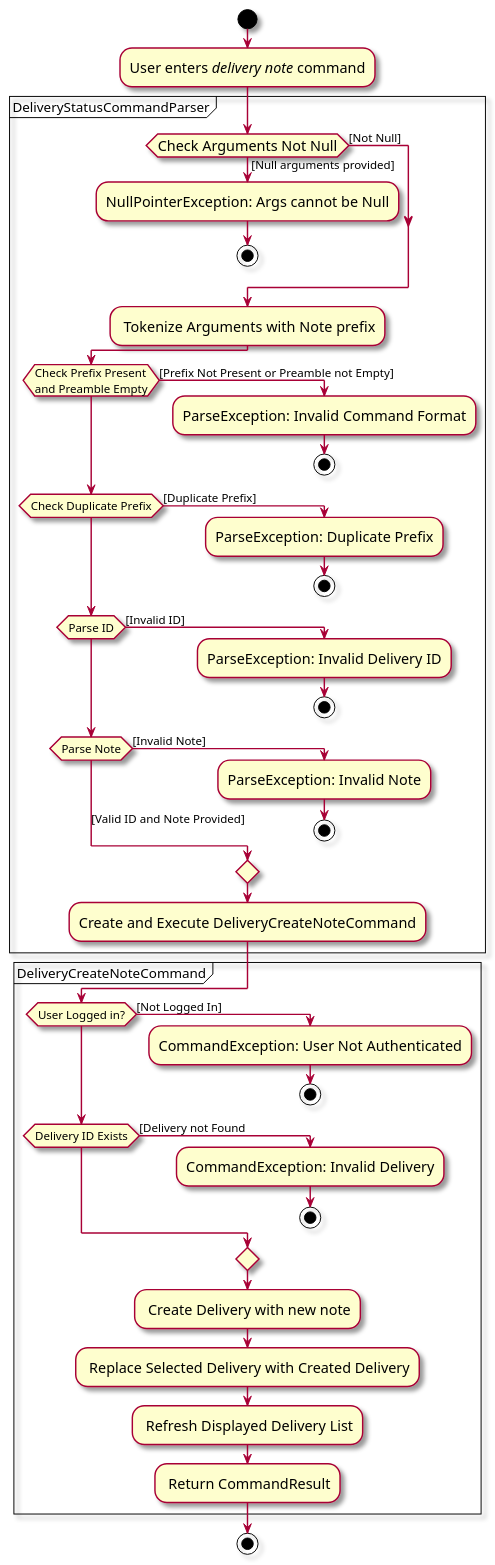
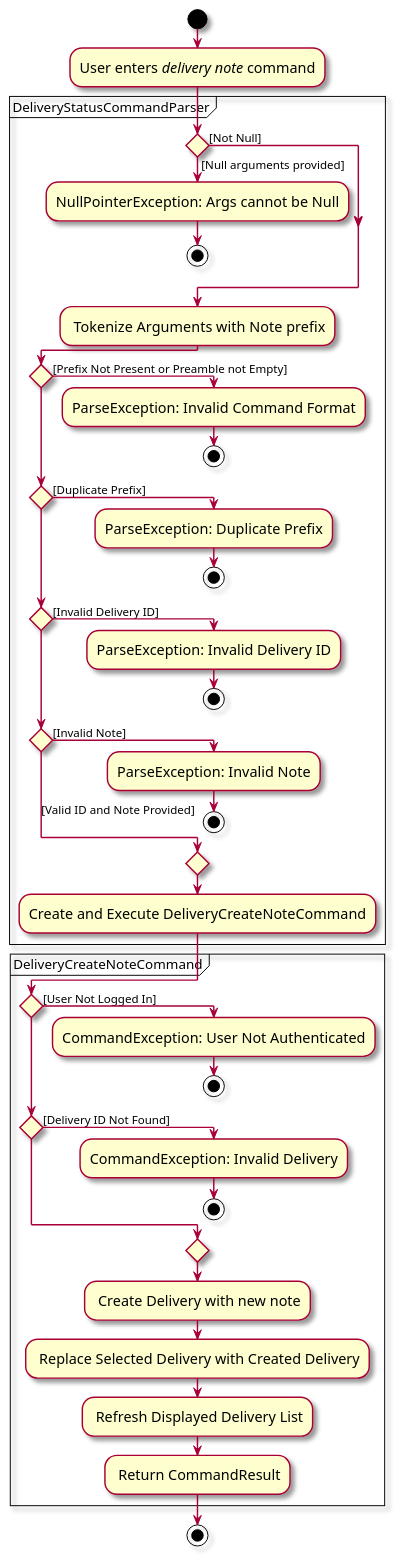
The diagram in docs/diagrams/DeliveryCreateNoteActivityDiagram.puml (zhonghan721/tp), drawn with PlantUML before and after one commit.

Commit message:
Modify DeliveryCreateNoteActivityDiagram.puml.puml to only include guard conditions
Inline with nus-cs2103-AY2324S1/forum#293, Alternate path conditions should
not be specified in the branch node, and only guard conditions should be used.
Hence, the activity diagram was modified to not use conditions in the branch
node.

```diff
--- a/docs/diagrams/DeliveryCreateNoteActivityDiagram.puml
+++ b/docs/diagrams/DeliveryCreateNoteActivityDiagram.puml
@@ -1,50 +1,50 @@
 @startuml
 skin rose
 skinparam ActivityFontSize 15
 skinparam ArrowFontSize 12
 
 !pragma useVerticalIf on
 start
 :User enters <i>delivery note</i> command;
 partition DeliveryStatusCommandParser {
-    if (Check Arguments Not Null) then ([Null arguments provided])
+    if () then ([Null arguments provided])
         :NullPointerException: Args cannot be Null;
         stop
     else ([Not Null])
     endif
     : Tokenize Arguments with Note prefix;
-    if (Check Prefix Present\nand Preamble Empty) then ([Prefix Not Present or Preamble not Empty])
+    if () then ([Prefix Not Present or Preamble not Empty])
         :ParseException: Invalid Command Format;
         stop
-    elseif (Check Duplicate Prefix) then ([Duplicate Prefix])
+    elseif () then ([Duplicate Prefix])
         :ParseException: Duplicate Prefix;
         stop
-    elseif (Parse ID) then ([Invalid ID])
+    elseif () then ([Invalid Delivery ID])
         :ParseException: Invalid Delivery ID;
          stop
-    elseif (Parse Note) then ([Invalid Note])
+    elseif () then ([Invalid Note])
         :ParseException: Invalid Note;
         stop
     else ([Valid ID and Note Provided])
     endif
     :Create and Execute DeliveryCreateNoteCommand;
 }
 
 partition DeliveryCreateNoteCommand {
-    if (User Logged in?) then ([Not Logged In])
+    if () then ([User Not Logged In])
         :CommandException: User Not Authenticated;
         stop
-    elseif (Delivery ID Exists) then ([Delivery not Found)
+    elseif () then ([Delivery ID Not Found])
         :CommandException: Invalid Delivery;
         stop
     else ()
     endif
     : Create Delivery with new note;
     : Replace Selected Delivery with Created Delivery;
     : Refresh Displayed Delivery List;
     : Return CommandResult;
 }
 
 stop
 
 @enduml
```
